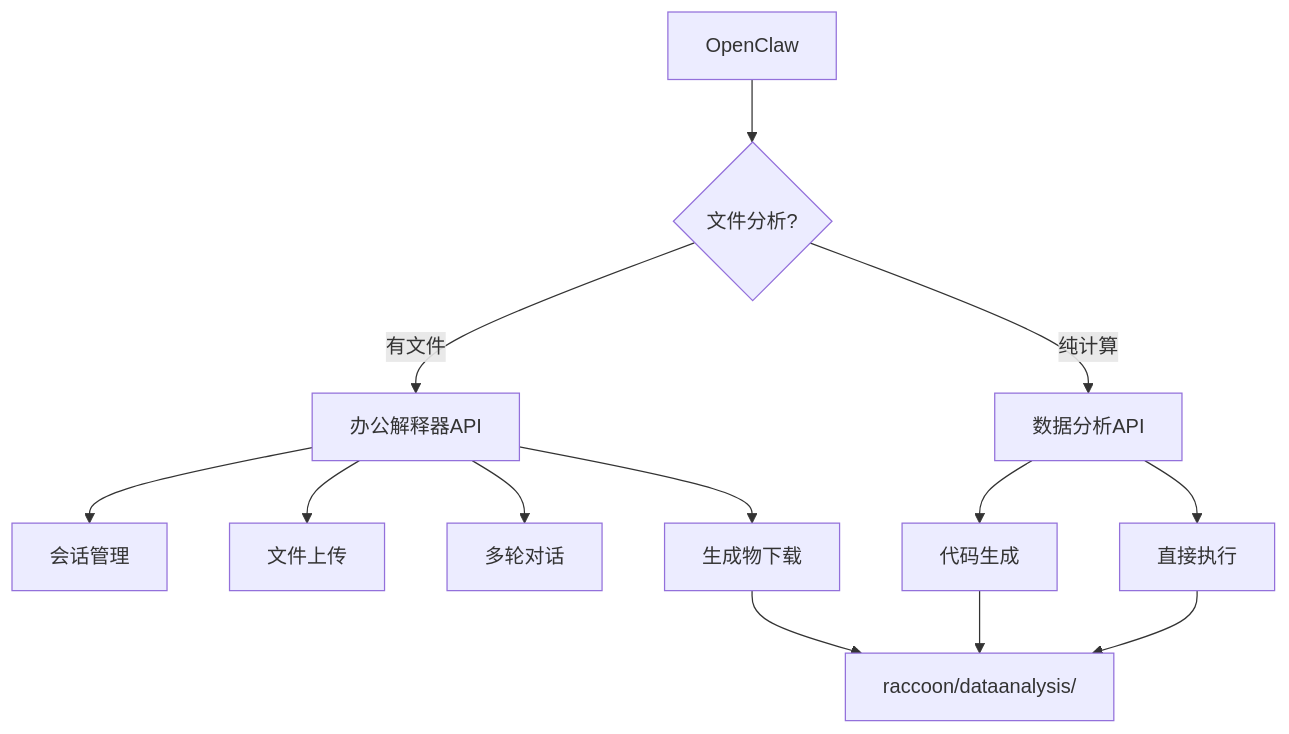
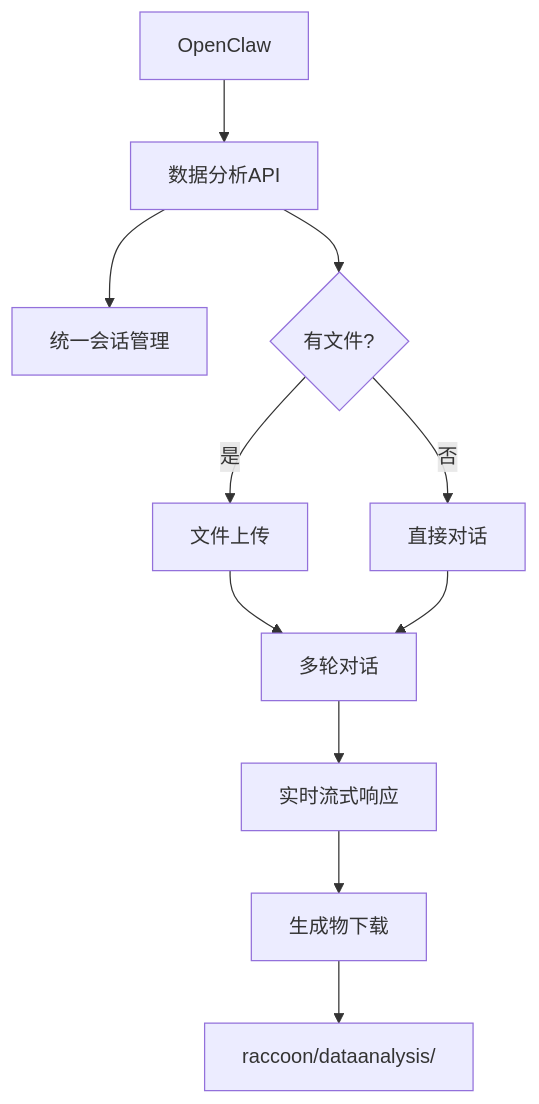
The diagram in README.md (SenseTime-Copilot/raccoon-dataanalysis-skill), drawn with Mermaid before and after one commit. The commit also changed other lines of this file and 4 other files, not shown here.

````diff
--- a/README.md
+++ b/README.md
@@ -16,18 +17,15 @@
 ```mermaid
 graph TB
-    A[OpenClaw] --> B{文件分析?}
-    B -->|有文件| C[办公解释器API]
-    B -->|纯计算| D[数据分析API]
+    A[OpenClaw] --> B[数据分析API]
 
-    C --> E[会话管理]
-    C --> F[文件上传]
-    C --> G[多轮对话]
-    C --> H[生成物下载]
+    B --> C[统一会话管理]
+    B --> D{有文件?}
+    D -->|是| E[文件上传]
+    D -->|否| F[直接对话]
 
-    D --> I[代码生成]
-    D --> J[直接执行]
-
-    H --> K[raccoon/dataanalysis/]
-    I --> K
-    J --> K
+    E --> G[多轮对话]
+    F --> G
+    G --> H[实时流式响应]
+    H --> I[生成物下载]
+    I --> J[raccoon/dataanalysis/]
 ```
````
